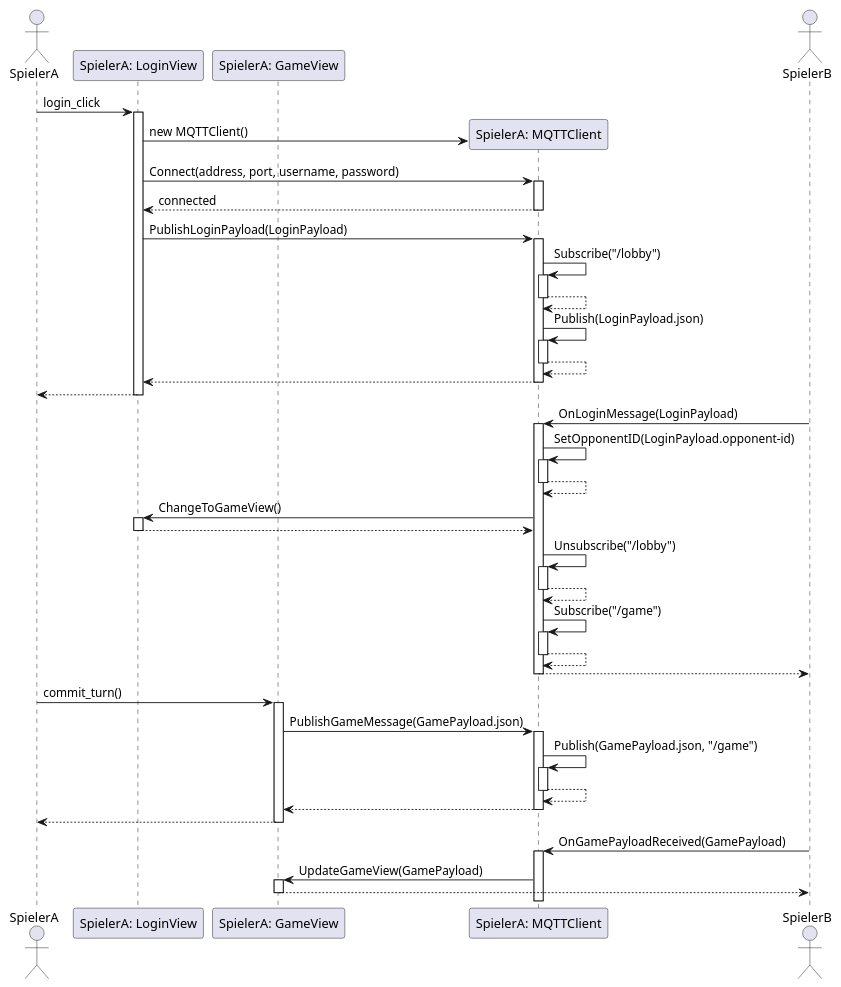
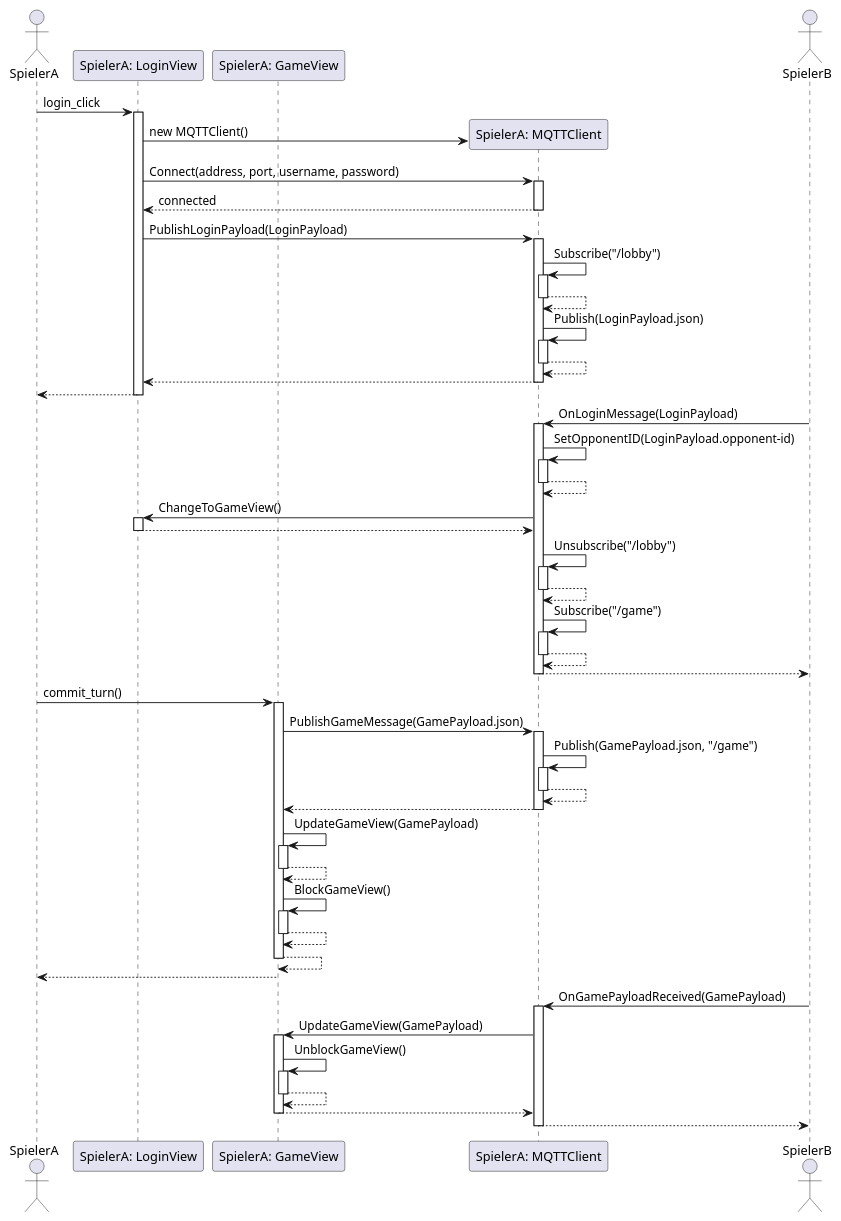
Before and after one commit to TH-Projects/Minigame-Center: the diagram in Screenshots/Diagrams/seqence.wsd, drawn with PlantUML. The commit also changed 3 other files, not shown here.

```diff
--- a/Screenshots/Diagrams/seqence.wsd
+++ b/Screenshots/Diagrams/seqence.wsd
@@ -1,46 +1,55 @@
 @startuml
 autoactivate on
 actor SpielerA
 
 
 participant LoginView as "SpielerA: LoginView"
 participant GameView as "SpielerA: GameView"
 participant MQTTClient as "SpielerA: MQTTClient"
 
 
 SpielerA -> LoginView : login_click
 LoginView -> MQTTClient** : new MQTTClient()
 LoginView -> MQTTClient : Connect(address, port, username, password)
 MQTTClient --> LoginView : connected
 LoginView -> MQTTClient : PublishLoginPayload(LoginPayload)
 MQTTClient -> MQTTClient : Subscribe("/lobby")
 MQTTClient ---> MQTTClient 
 MQTTClient -> MQTTClient : Publish(LoginPayload.json)
 MQTTClient --> MQTTClient
 MQTTClient --> LoginView
 LoginView --> SpielerA 
 
 actor SpielerB
 
 SpielerB -> MQTTClient : OnLoginMessage(LoginPayload)
 MQTTClient -> MQTTClient : SetOpponentID(LoginPayload.opponent-id)
 MQTTClient --> MQTTClient
 MQTTClient -> LoginView : ChangeToGameView()
 MQTTClient <-- LoginView
 MQTTClient -> MQTTClient : Unsubscribe("/lobby")
 MQTTClient --> MQTTClient
 MQTTClient -> MQTTClient : Subscribe("/game")
 MQTTClient --> MQTTClient
 SpielerB <-- MQTTClient
 
 SpielerA -> GameView: commit_turn()
 GameView -> MQTTClient: PublishGameMessage(GamePayload.json)
 MQTTClient -> MQTTClient: Publish(GamePayload.json, "/game")
 MQTTClient --> MQTTClient
 MQTTClient --> GameView
+GameView -> GameView: UpdateGameView(GamePayload)
+GameView --> GameView
+GameView -> GameView: BlockGameView()
+GameView --> GameView
+GameView --> GameView
+
 SpielerA <-- GameView
 
 SpielerB -> MQTTClient: OnGamePayloadReceived(GamePayload)
 MQTTClient -> GameView: UpdateGameView(GamePayload)
-SpielerB <-- GameView
+GameView -> GameView: UnblockGameView()
+GameView --> GameView
+MQTTClient <-- GameView
+MQTTClient --> SpielerB
 @enduml
```
